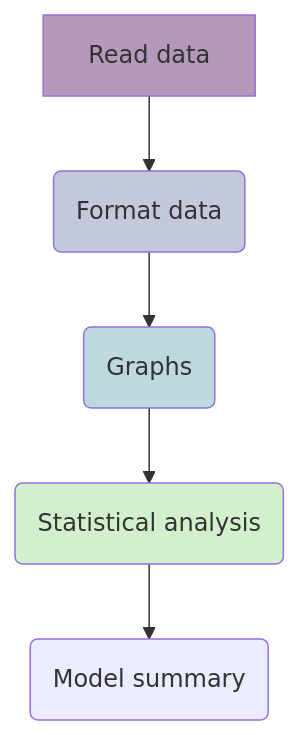
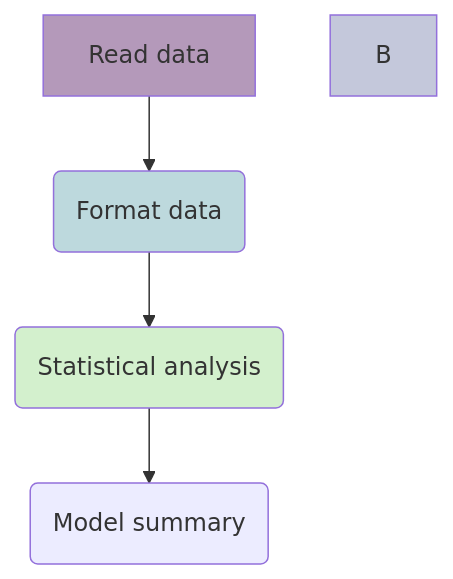
Before and after one commit to maRce10/bioacoustics_and_L2_learning: the diagram in scripts/stats.qmd, drawn with Mermaid. The commit also changed other lines of this file and 16 other files, not shown here.

````diff
--- a/scripts/stats.qmd
+++ b/scripts/stats.qmd
@@ -82,13 +80,12 @@
 ```{mermaid, fig.align = "center"}
 flowchart
-  A[Read data] --> B(Format data) 
-  B --> C(Graphs)
+  A[Read data] --> C(Format data) 
   C --> D(Statistical analysis)
   D --> E(Model summary) 
 
 style A fill:#44015466
 style B fill:#3E4A894D
 style C fill:#26828E4D
 style D fill:#6DCD594D
 
 ```
````
